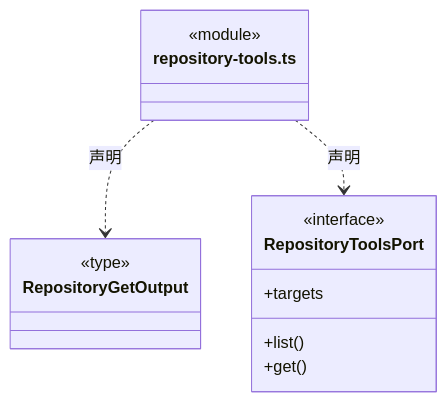
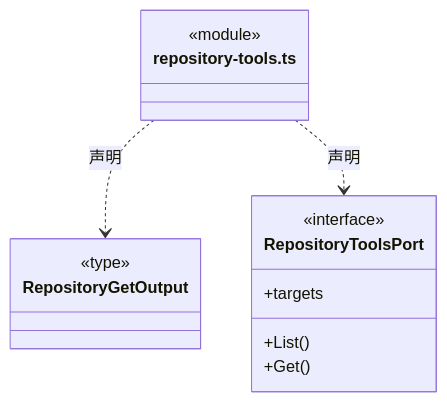
The tenth of 11 diagrams in src/logic/connectors/rules/ARCHITECTURE.md (nan023062/cbim), drawn with Mermaid before and after one commit. The commit also changed other lines of this file and 1035 other files, not shown here.

````diff
--- a/src/logic/connectors/rules/ARCHITECTURE.md
+++ b/src/logic/connectors/rules/ARCHITECTURE.md
@@ -230,18 +230,18 @@
 ```mermaid
 classDiagram
 class N_src_logic_connectors_rules_repository_tools_ts["repository-tools.ts"] {
   <<module>>
 }
 class N_src_logic_connectors_rules_repository_tools_ts_RepositoryGetOutput["RepositoryGetOutput"] {
   <<type>>
 
 }
 N_src_logic_connectors_rules_repository_tools_ts ..> N_src_logic_connectors_rules_repository_tools_ts_RepositoryGetOutput : 声明
 class N_src_logic_connectors_rules_repository_tools_ts_RepositoryToolsPort["RepositoryToolsPort"] {
   <<interface>>
   +targets
-  +list()
-  +get()
+  +List()
+  +Get()
 }
 N_src_logic_connectors_rules_repository_tools_ts ..> N_src_logic_connectors_rules_repository_tools_ts_RepositoryToolsPort : 声明
 ```
````
